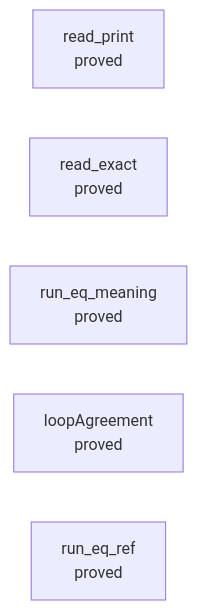
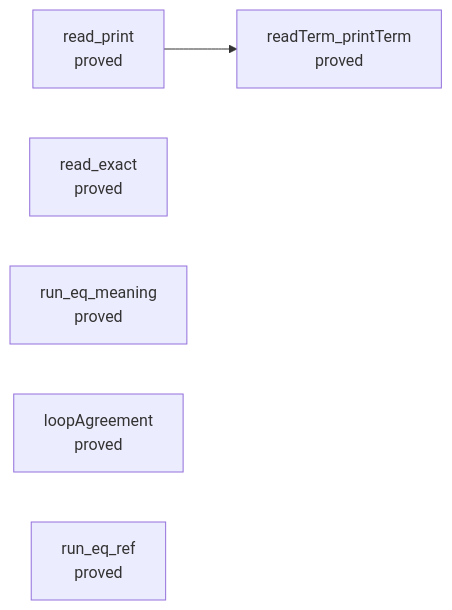
One commit to pure-algebra/lean4-effect4 changed the eighth of 13 diagrams in generated/semantics.md. Above: the diagram before and after it, drawn with Mermaid. The commit also changed other lines of this file and 29 other files, not shown here.

````diff
--- a/generated/semantics.md
+++ b/generated/semantics.md
@@ -1612,8 +1880,10 @@
 ```mermaid
 flowchart LR
   n0["read_print<br/>proved"]
   n1["read_exact<br/>proved"]
   n2["run_eq_meaning<br/>proved"]
   n3["loopAgreement<br/>proved"]
   n4["run_eq_ref<br/>proved"]
+  n5["readTerm_printTerm<br/>proved"]
+  n0 --> n5
 ```
````
